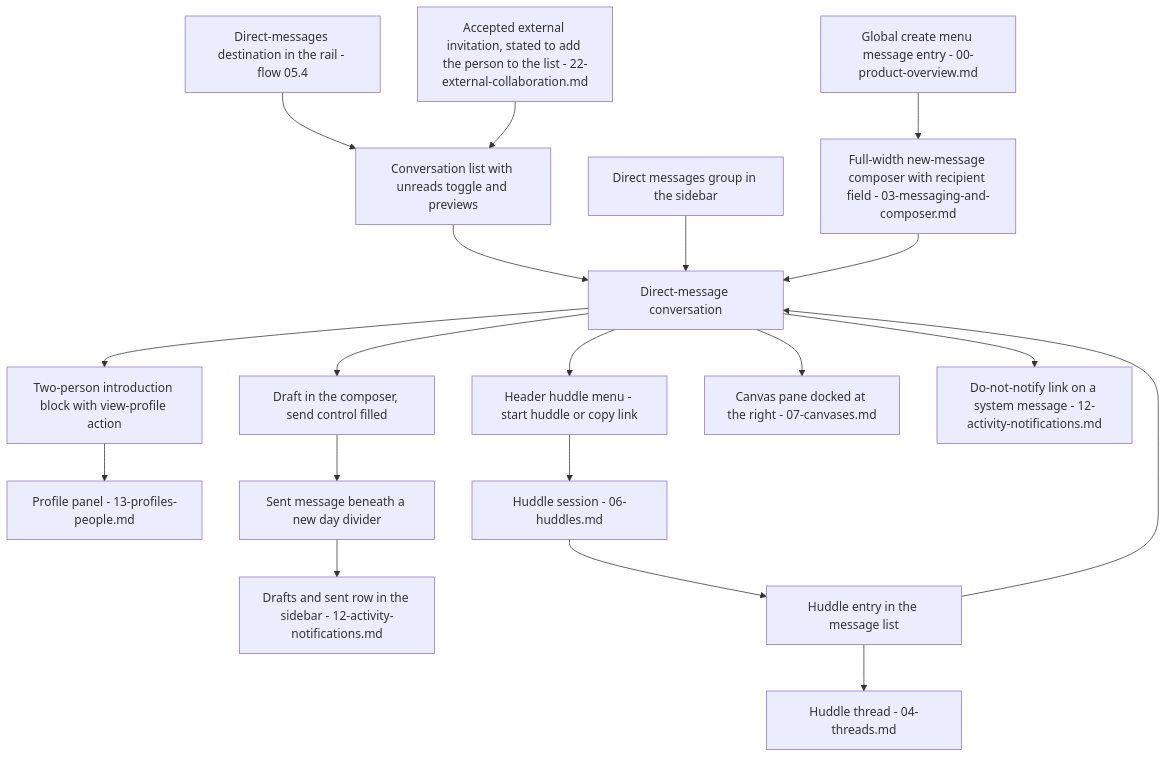
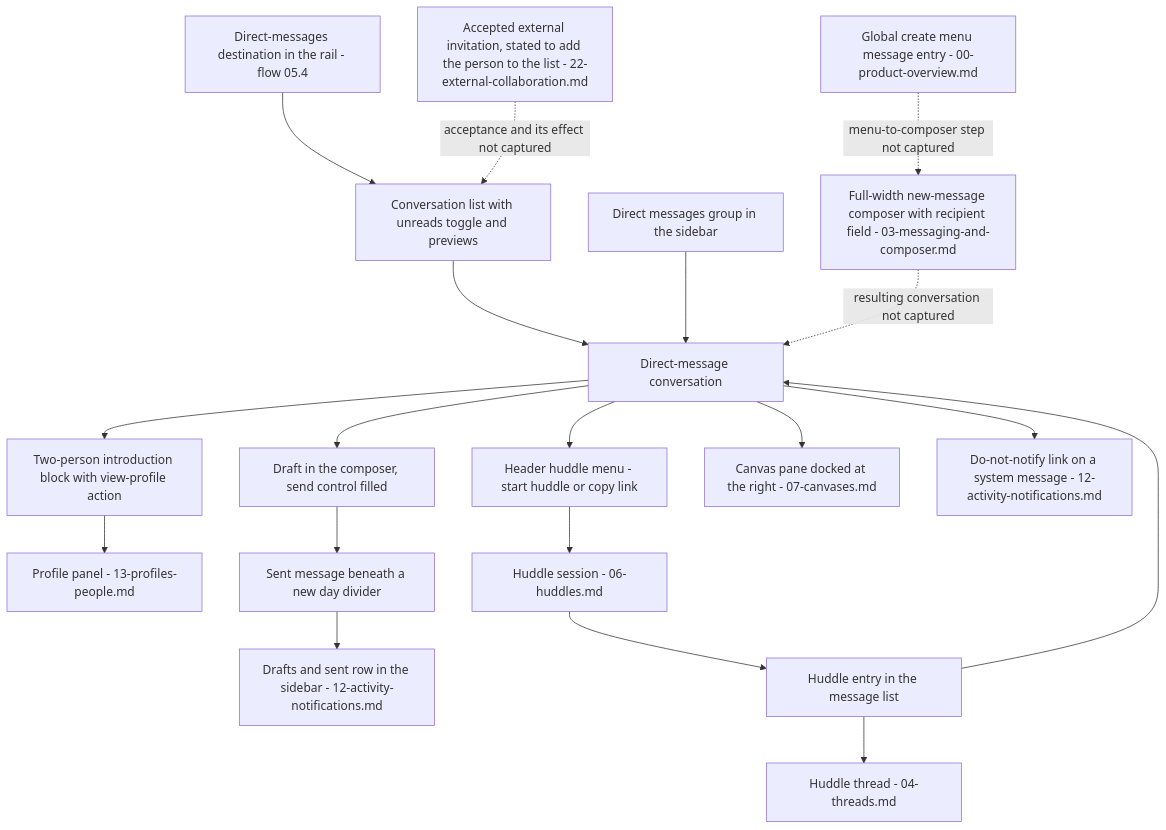
Before and after one commit to blitzy-research/blitzy-slack: the diagram in docs/workflows/05-direct-messages.md, drawn with Mermaid. The commit also changed other lines of this file and 17 other files, not shown here.

````diff
--- a/docs/workflows/05-direct-messages.md
+++ b/docs/workflows/05-direct-messages.md
@@ -219,40 +219,40 @@
 ```mermaid
 flowchart TD
     RAILDEST["Direct-messages destination in the rail - flow 05.4"]
     SIDEBARGROUP["Direct messages group in the sidebar"]
     CREATEMENU["Global create menu message entry - 00-product-overview.md"]
     EXTACCEPT["Accepted external invitation, stated to add the person to the list - 22-external-collaboration.md"]
     NEWMSG["Full-width new-message composer with recipient field - 03-messaging-and-composer.md"]
     LIST["Conversation list with unreads toggle and previews"]
     CONV["Direct-message conversation"]
     INTRO["Two-person introduction block with view-profile action"]
     PROFILE["Profile panel - 13-profiles-people.md"]
     DRAFT["Draft in the composer, send control filled"]
     SENT["Sent message beneath a new day divider"]
     DRAFTSROW["Drafts and sent row in the sidebar - 12-activity-notifications.md"]
     HUDDLEMENU["Header huddle menu - start huddle or copy link"]
     HUDDLE["Huddle session - 06-huddles.md"]
     HUDDLEENTRY["Huddle entry in the message list"]
     THREAD["Huddle thread - 04-threads.md"]
     CANVASPANE["Canvas pane docked at the right - 07-canvases.md"]
     SUPPRESS["Do-not-notify link on a system message - 12-activity-notifications.md"]
 
     RAILDEST --> LIST
     LIST --> CONV
     SIDEBARGROUP --> CONV
-    CREATEMENU --> NEWMSG
-    EXTACCEPT --> LIST
-    NEWMSG --> CONV
+    CREATEMENU -.->|"menu-to-composer step not captured"| NEWMSG
+    EXTACCEPT -.->|"acceptance and its effect not captured"| LIST
+    NEWMSG -.->|"resulting conversation not captured"| CONV
     CONV --> INTRO
     INTRO --> PROFILE
     CONV --> DRAFT
     DRAFT --> SENT
     SENT --> DRAFTSROW
     CONV --> HUDDLEMENU
     HUDDLEMENU --> HUDDLE
     HUDDLE --> HUDDLEENTRY
     HUDDLEENTRY --> CONV
     HUDDLEENTRY --> THREAD
     CONV --> CANVASPANE
     CONV --> SUPPRESS
 ```
````
